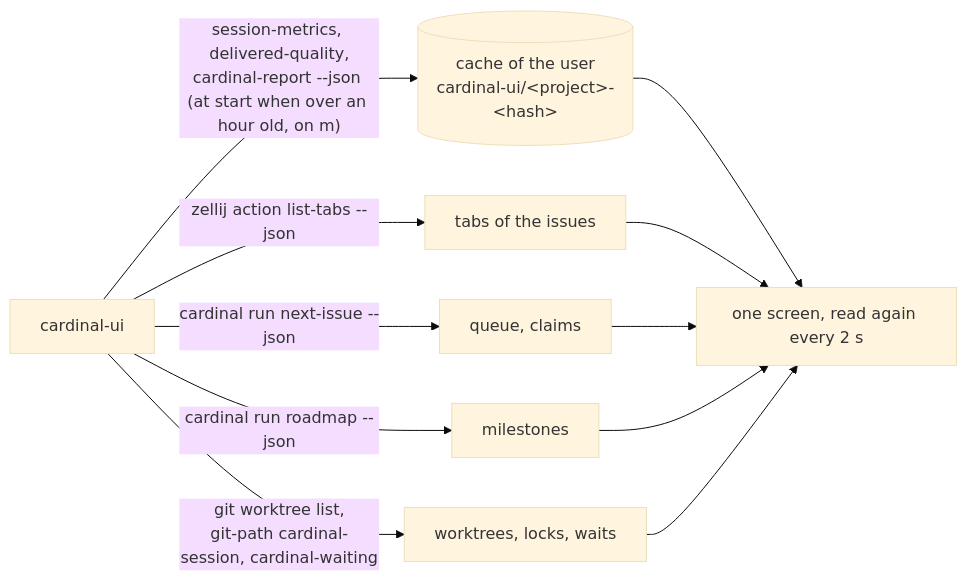
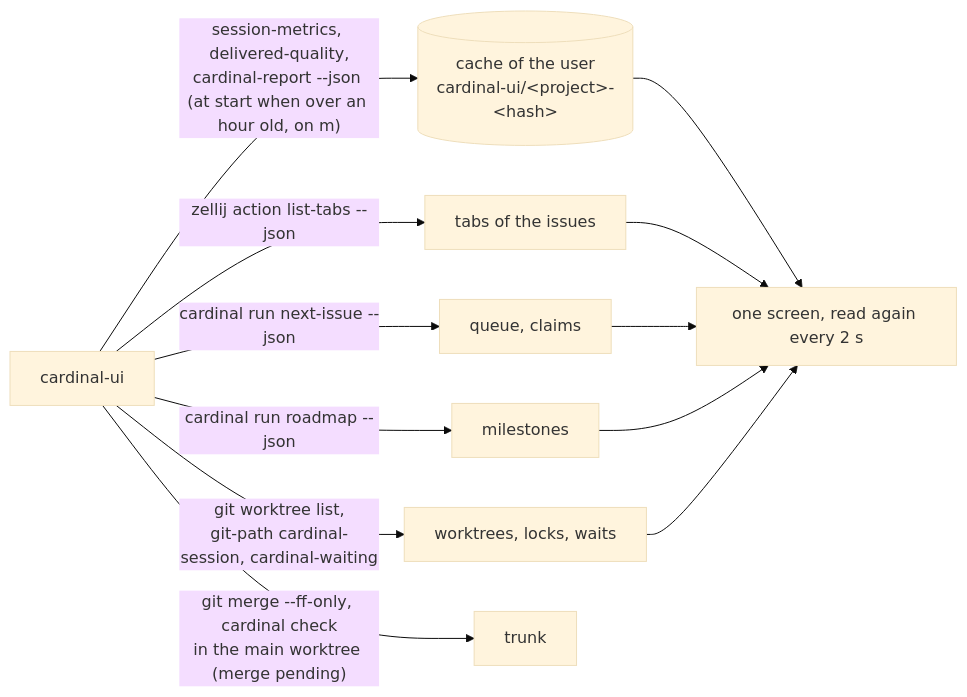
Before and after one commit to Electron-libre/cardinal: the third of 3 diagrams in docs/architecture.md, drawn with Mermaid (base theme). The commit also changed other lines of this file and 7 other files, not shown here.

First line of the commit message:
feat(ui): merge a merge-pending issue into the trunk with --merge

````diff
--- a/docs/architecture.md
+++ b/docs/architecture.md
@@ -245,13 +246,14 @@
 ```mermaid
 flowchart LR
   ui["cardinal-ui"] -->|"cardinal run next-issue --json"| queue["queue, claims"]
   ui -->|"cardinal run roadmap --json"| milestones["milestones"]
   ui -->|"git worktree list,<br/>git-path cardinal-session, cardinal-waiting"| worktrees["worktrees, locks, waits"]
   ui -->|"zellij action list-tabs --json"| tabs["tabs of the issues"]
   ui -->|"session-metrics, delivered-quality,<br/>cardinal-report --json (at start when over an hour old, on m)"| cache[("cache of the user<br/>cardinal-ui/&lt;project&gt;-&lt;hash&gt;")]
+  ui -->|"git merge --ff-only, cardinal check<br/>in the main worktree (merge pending)"| trunk["trunk"]
   cache --> screen
   tabs --> screen
   queue --> screen["one screen, read again every 2 s"]
   milestones --> screen
   worktrees --> screen
 ```
````
